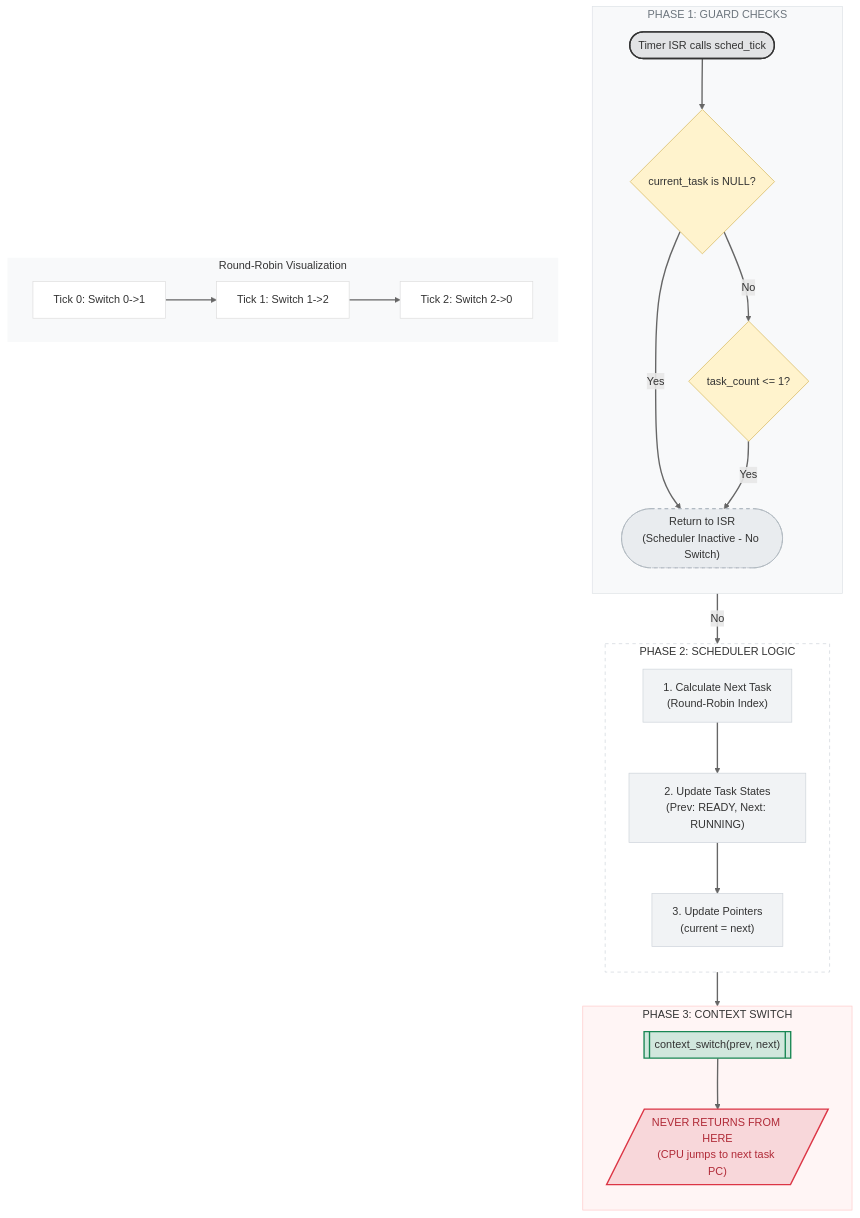
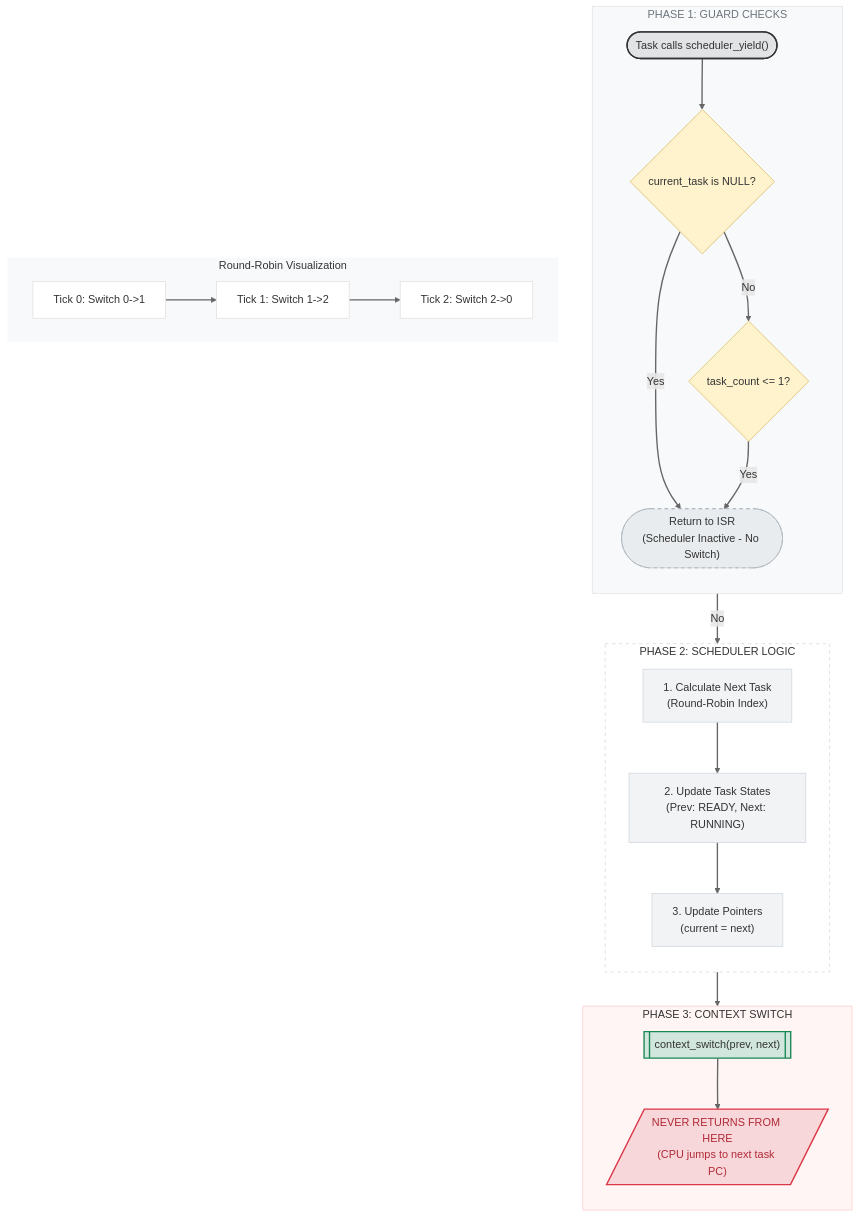
The diagram in docs/05_scheduler/diagram/ scheduler_decision_flow.mmd (Vinalinux-Org/RefARM-OS), drawn with Mermaid before and after one commit. The commit also changed 3 other files, not shown here.

```diff
--- a/docs/05_scheduler/diagram/ scheduler_decision_flow.mmd
+++ b/docs/05_scheduler/diagram/ scheduler_decision_flow.mmd
@@ -1,92 +1,92 @@
 flowchart TD
     %% =========================================
     %% PHASE 1: CHECKS (Guard Clauses)
     %% =========================================
     subgraph CHECKS ["PHASE 1: GUARD CHECKS"]
         direction TB
-        Start(["Timer ISR calls sched_tick"])
+        Start(["Task calls scheduler_yield()"])
         
         CheckInit{"current_task is NULL?"}
         CheckCount{"task_count <= 1?"}
         
         %% UPDATE 1: Làm rõ Return chỉ xảy ra khi không switch
         ReturnNode(["Return to ISR<br/>(Scheduler Inactive - No Switch)"])
     end
 
     %% =========================================
     %% PHASE 2: SCHEDULER LOGIC
     %% =========================================
     subgraph LOGIC ["PHASE 2: SCHEDULER LOGIC"]
         direction TB
         GetNext["1. Calculate Next Task<br/>(Round-Robin Index)"]
         
         %% UPDATE 2: Trừu tượng hóa việc cập nhật trạng thái
         UpdateState["2. Update Task States<br/>(Prev: READY, Next: RUNNING)"]
         
         UpdateRef["3. Update Pointers<br/>(current = next)"]
         
         GetNext --> UpdateState --> UpdateRef
     end
 
     %% =========================================
     %% PHASE 3: CRITICAL SWITCH
     %% =========================================
     subgraph SWITCH ["PHASE 3: CONTEXT SWITCH"]
         direction TB
         CtxSwitch[["context_switch(prev, next)"]]
         
         DeadEnd[/"NEVER RETURNS FROM HERE<br/>(CPU jumps to next task PC)"/]
         
         CtxSwitch --> DeadEnd
     end
 
     %% =========================================
     %% PHASE 4: EXAMPLE (Visualization)
     %% =========================================
     subgraph EXAMPLE ["Round-Robin Visualization"]
         direction LR
         T0["Tick 0: Switch 0->1"] --> T1["Tick 1: Switch 1->2"] --> T2["Tick 2: Switch 2->0"]
     end
 
     %% =========================================
     %% CONNECTIONS & FLOW
     %% =========================================
     Start --> CheckInit
     
     CheckInit -- Yes --> ReturnNode
     CheckInit -- No --> CheckCount
     
     CheckCount -- Yes --> ReturnNode
     CheckCount -- No --> GetNext
 
     %% Nối các Phase
     UpdateRef --> CtxSwitch
 
     %% =========================================
     %% STYLING (Engineering Standard)
     %% =========================================
     linkStyle default stroke:#666,stroke-width:2px,fill:none
 
     %% Phase 1: Entry
     style CHECKS fill:#f8f9fa,stroke:#dee2e6,color:#6c757d
     style Start fill:#e2e3e5,stroke:#333,stroke-width:2px
     style CheckInit fill:#fff3cd,stroke:#d6b656
     style CheckCount fill:#fff3cd,stroke:#d6b656
     style ReturnNode fill:#e9ecef,stroke:#adb5bd,stroke-dasharray: 5 5
 
     %% Phase 2: Logic
     style LOGIC fill:#ffffff,stroke:#ced4da,stroke-dasharray: 5 5
     style GetNext fill:#f1f3f5,stroke:#ced4da
     style UpdateState fill:#f1f3f5,stroke:#ced4da
     style UpdateRef fill:#f1f3f5,stroke:#ced4da
 
     %% Phase 3: Critical
     style SWITCH fill:#fff5f5,stroke:#ffc9c9
     style CtxSwitch fill:#d1e7dd,stroke:#198754,stroke-width:2px
     style DeadEnd fill:#f8d7da,stroke:#dc3545,color:#b02a37,stroke-width:2px
 
     %% Example
     style EXAMPLE fill:#f8f9fa,stroke:none
     style T0 fill:#fff,stroke:#ddd
     style T1 fill:#fff,stroke:#ddd
     style T2 fill:#fff,stroke:#ddd
```
